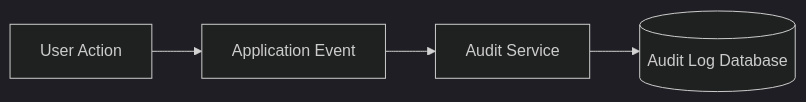
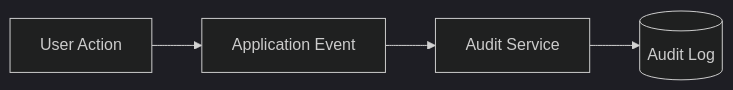
The eighth of 13 diagrams in README.md (MotionPrograming/AuthorizationManagementSystem), drawn with Mermaid (dark theme) before and after one commit. The commit also changed other lines of this file, not shown here.

````diff
--- a/README.md
+++ b/README.md
@@ -621,18 +533,15 @@
 ```mermaid
 flowchart LR
 
-UserAction[User Action]
+    A[User Action]
 
-ApplicationEvent[Application Event]
+    B[Application Event]
 
-AuditService[Audit Service]
+    C[Audit Service]
 
-AuditDB[(Audit Log Database)]
+    D[(Audit Log)]
 
-
-UserAction --> ApplicationEvent
-
-ApplicationEvent --> AuditService
-
-AuditService --> AuditDB
+    A --> B
+    B --> C
+    C --> D
 ```
````
